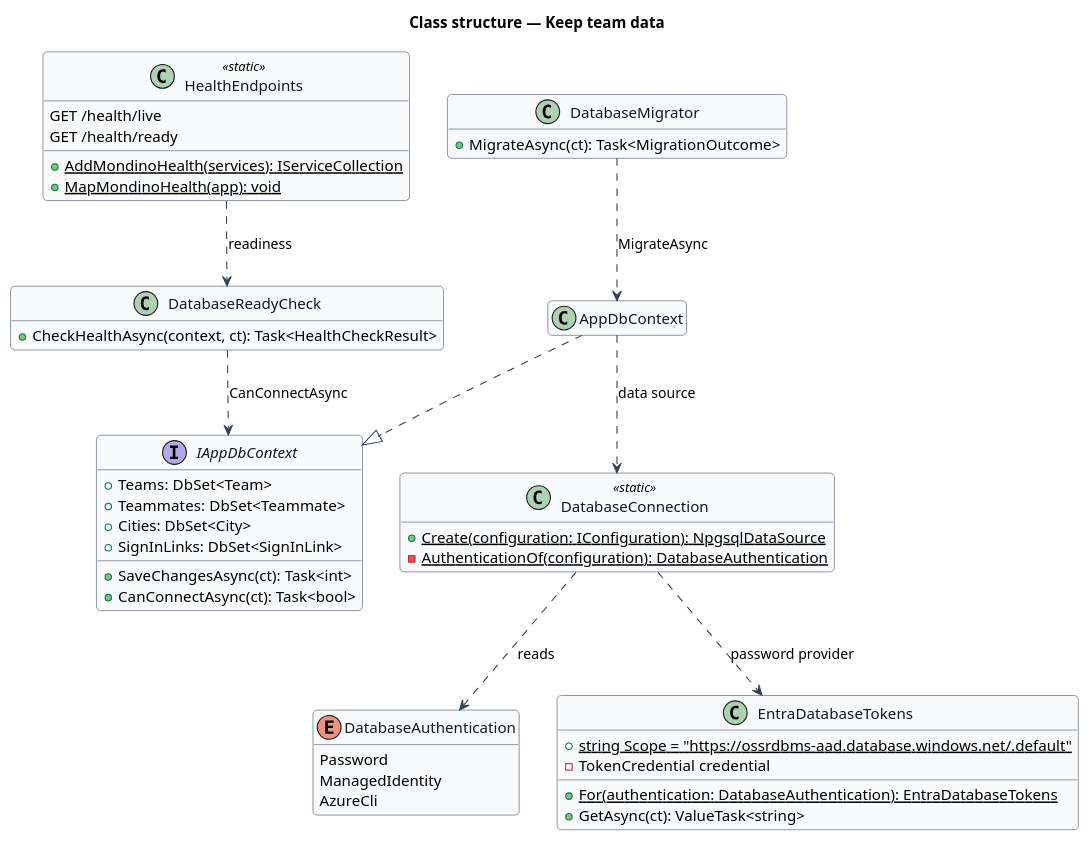
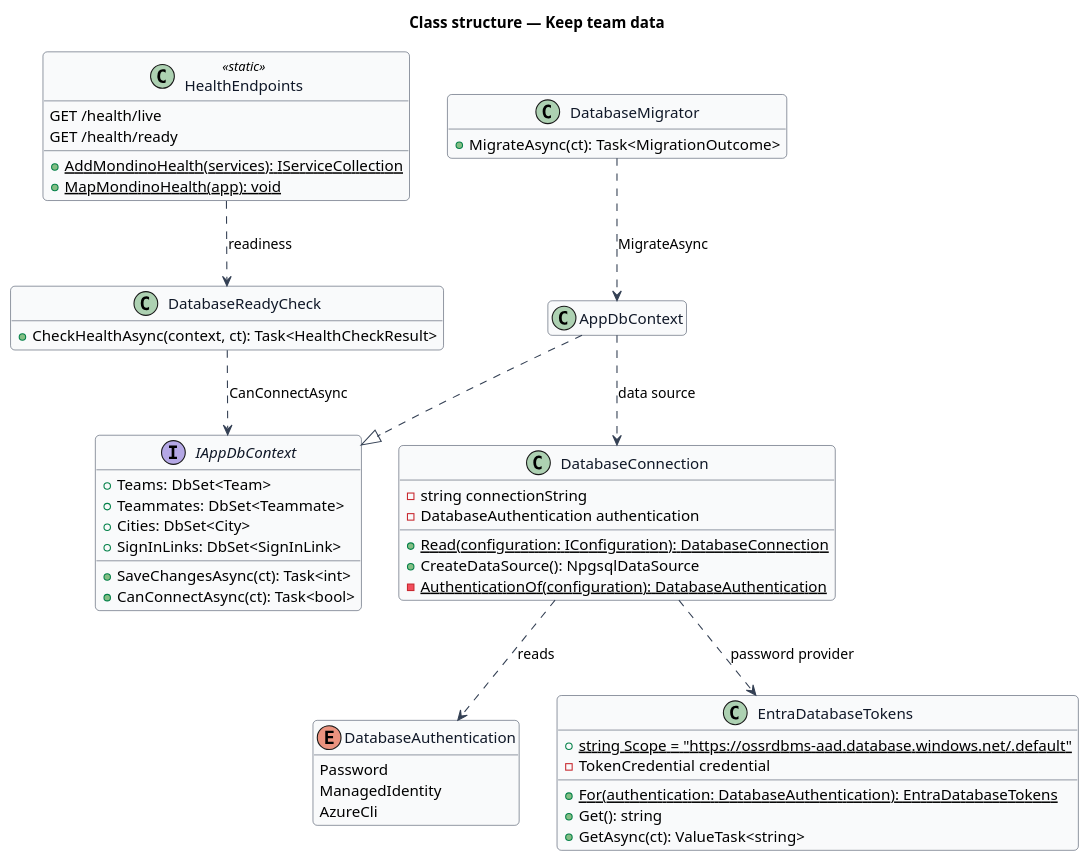
One commit to QuinntyneBrown/Mondino changed the diagram in docs/detailed-designs/platform/keep-team-data/diagrams/class-structure.puml. Above: the diagram before and after it, drawn with PlantUML. The commit also changed 5 other files, not shown here.

```diff
--- a/docs/detailed-designs/platform/keep-team-data/diagrams/class-structure.puml
+++ b/docs/detailed-designs/platform/keep-team-data/diagrams/class-structure.puml
@@ -1,67 +1,71 @@
 @startuml
 skinparam backgroundColor #FFFFFF
 skinparam shadowing false
 skinparam roundcorner 8
 skinparam defaultFontName Arial
 skinparam ArrowColor #344054
 skinparam class {
   BorderColor #344054
   FontColor #101828
   BackgroundColor #F9FAFB
 }
 hide empty members
 title Class structure — Keep team data
 
 enum DatabaseAuthentication {
   Password
   ManagedIdentity
   AzureCli
 }
 
-class DatabaseConnection <<static>> {
-  +{static} Create(configuration: IConfiguration): NpgsqlDataSource
+class DatabaseConnection {
+  -string connectionString
+  -DatabaseAuthentication authentication
+  +{static} Read(configuration: IConfiguration): DatabaseConnection
+  +CreateDataSource(): NpgsqlDataSource
   -{static} AuthenticationOf(configuration): DatabaseAuthentication
 }
 
 class EntraDatabaseTokens {
   +{static} string Scope = "https://ossrdbms-aad.database.windows.net/.default"
   -TokenCredential credential
   +{static} For(authentication: DatabaseAuthentication): EntraDatabaseTokens
+  +Get(): string
   +GetAsync(ct): ValueTask<string>
 }
 
 interface IAppDbContext {
   +Teams: DbSet<Team>
   +Teammates: DbSet<Teammate>
   +Cities: DbSet<City>
   +SignInLinks: DbSet<SignInLink>
   +SaveChangesAsync(ct): Task<int>
   +CanConnectAsync(ct): Task<bool>
 }
 
 class AppDbContext {
 }
 
 class DatabaseReadyCheck {
   +CheckHealthAsync(context, ct): Task<HealthCheckResult>
 }
 
 class HealthEndpoints <<static>> {
   +{static} AddMondinoHealth(services): IServiceCollection
   +{static} MapMondinoHealth(app): void
   GET /health/live
   GET /health/ready
 }
 
 class DatabaseMigrator {
   +MigrateAsync(ct): Task<MigrationOutcome>
 }
 
 DatabaseConnection ..> DatabaseAuthentication : reads
 DatabaseConnection ..> EntraDatabaseTokens : password provider
 AppDbContext ..|> IAppDbContext
 AppDbContext ..> DatabaseConnection : data source
 DatabaseReadyCheck ..> IAppDbContext : CanConnectAsync
 HealthEndpoints ..> DatabaseReadyCheck : readiness
 DatabaseMigrator ..> AppDbContext : MigrateAsync
 @enduml
```
